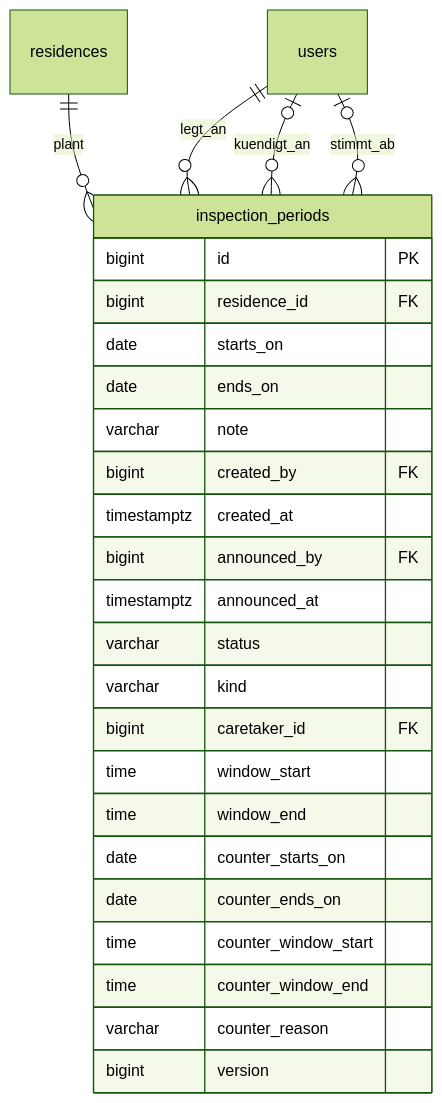
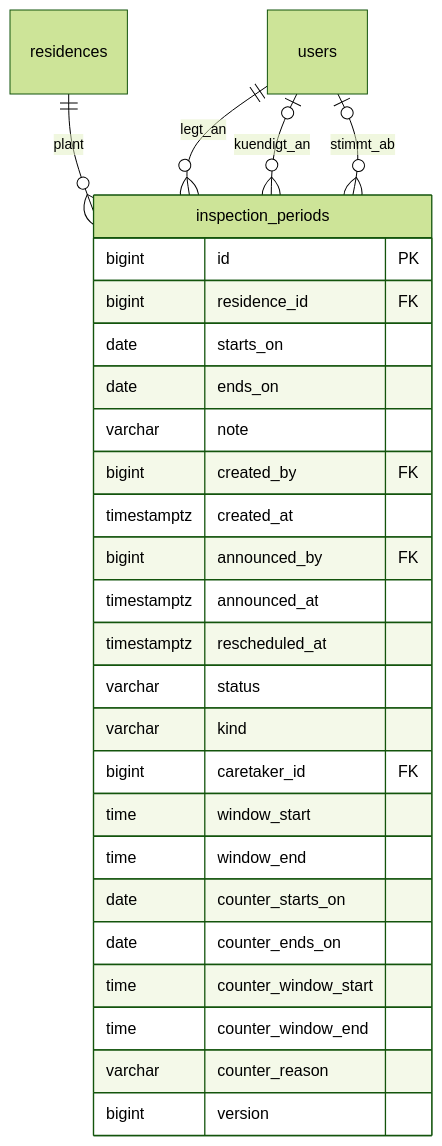
Before and after one commit to Sybit-Education/AUME2026: the fifth of 10 diagrams in docs/architektur/datenmodell.md, drawn with Mermaid (forest theme). The commit also changed other lines of this file and 12 other files, not shown here.

````diff
--- a/docs/architektur/datenmodell.md
+++ b/docs/architektur/datenmodell.md
@@ -200,30 +200,31 @@
 ```mermaid
 erDiagram
     residences ||--o{ inspection_periods : plant
     users ||--o{ inspection_periods : legt_an
     users |o--o{ inspection_periods : kuendigt_an
     users |o--o{ inspection_periods : stimmt_ab
 
     inspection_periods {
         bigint id PK
         bigint residence_id FK
         date starts_on
         date ends_on
         varchar note
         bigint created_by FK
         timestamptz created_at
         bigint announced_by FK
         timestamptz announced_at
+        timestamptz rescheduled_at
         varchar status
         varchar kind
         bigint caretaker_id FK
         time window_start
         time window_end
         date counter_starts_on
         date counter_ends_on
         time counter_window_start
         time counter_window_end
         varchar counter_reason
         bigint version
     }
 ```
````
